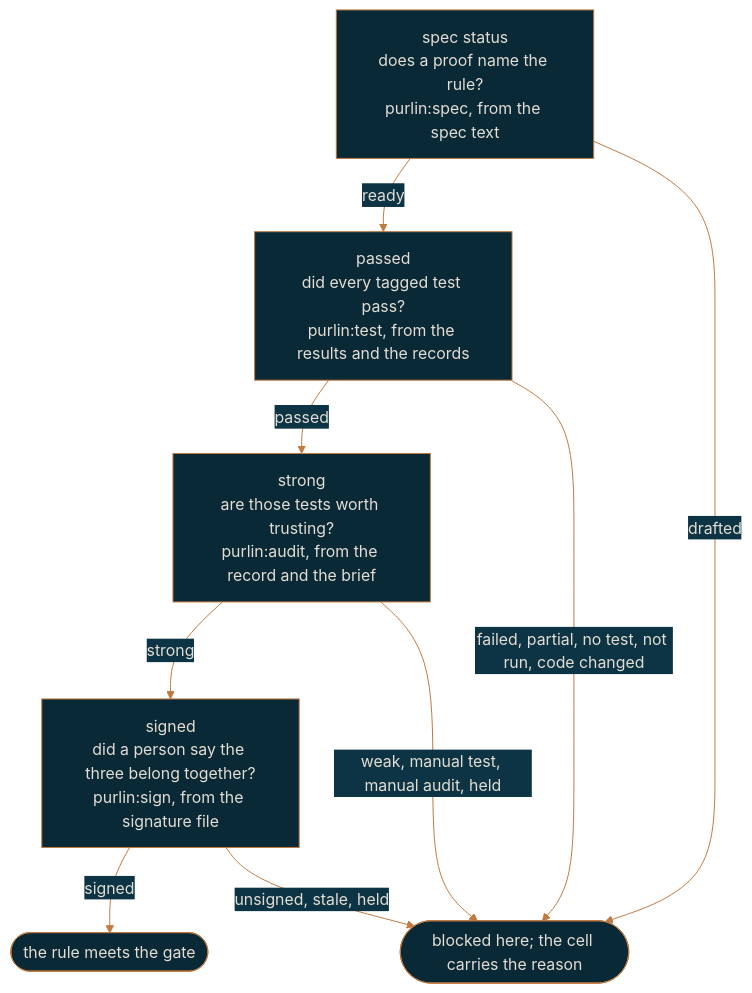
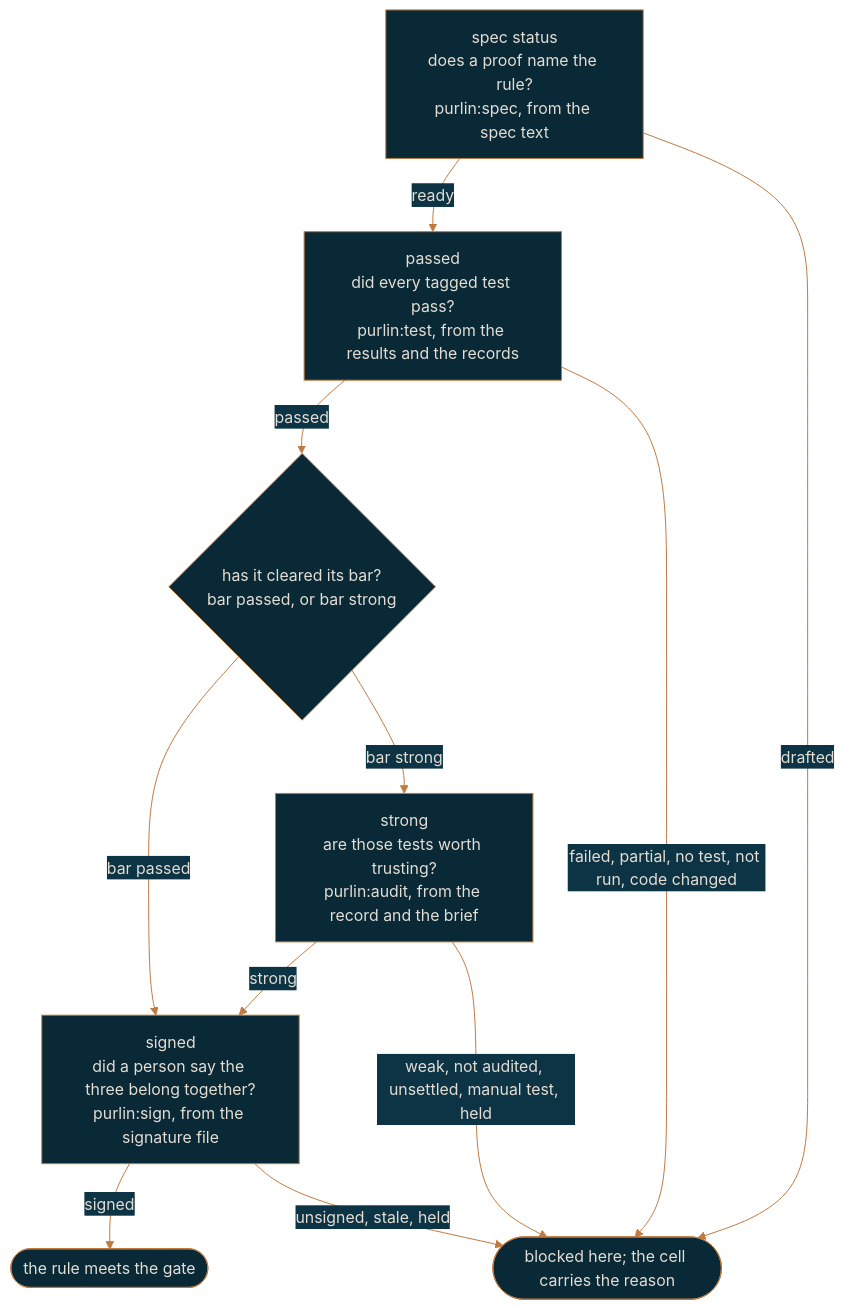
Before and after one commit to rlabarca/purlin: the diagram in docs/how-purlin-works.md, drawn with Mermaid. The commit also changed other lines of this file and 24 other files, not shown here.

First line of the commit message:
docs: the bar, not audited and unsettled, and the Review and Sign tabs

````diff
--- a/docs/how-purlin-works.md
+++ b/docs/how-purlin-works.md
@@ -11,19 +11,22 @@
 ```mermaid
 %%{init: {"theme": "base", "themeVariables": {"background": "#0C3444", "primaryColor": "#092936", "primaryTextColor": "#E4DDD4", "primaryBorderColor": "#C0793F", "lineColor": "#C0793F", "secondaryColor": "#0C3444", "tertiaryColor": "#092936", "fontFamily": "Arial", "textColor": "#E4DDD4"}}}%%
 flowchart TD
     Q0["spec status<br>does a proof name the rule?<br>purlin:spec, from the spec text"]
     Q1["passed<br>did every tagged test pass?<br>purlin:test, from the results and the records"]
     Q2["strong<br>are those tests worth trusting?<br>purlin:audit, from the record and the brief"]
     Q3["signed<br>did a person say the three belong together?<br>purlin:sign, from the signature file"]
+    Bar{"has it cleared its bar?<br>bar passed, or bar strong"}
     Met(["the rule meets the gate"])
     Stop(["blocked here; the cell carries the reason"])
 
     Q0 -->|ready| Q1
-    Q1 -->|passed| Q2
+    Q1 -->|passed| Bar
+    Bar -->|"bar passed"| Q3
+    Bar -->|"bar strong"| Q2
     Q2 -->|strong| Q3
     Q3 -->|signed| Met
     Q0 -->|drafted| Stop
     Q1 -->|"failed, partial, no test, not run, code changed"| Stop
-    Q2 -->|"weak, manual test, manual audit, held"| Stop
+    Q2 -->|"weak, not audited, unsettled, manual test, held"| Stop
     Q3 -->|"unsigned, stale, held"| Stop
 ```
````
